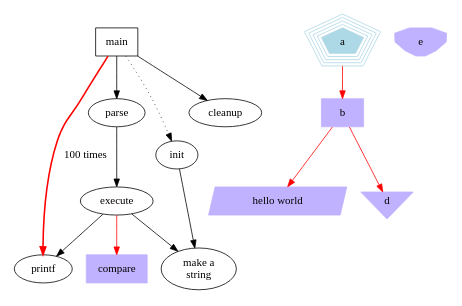
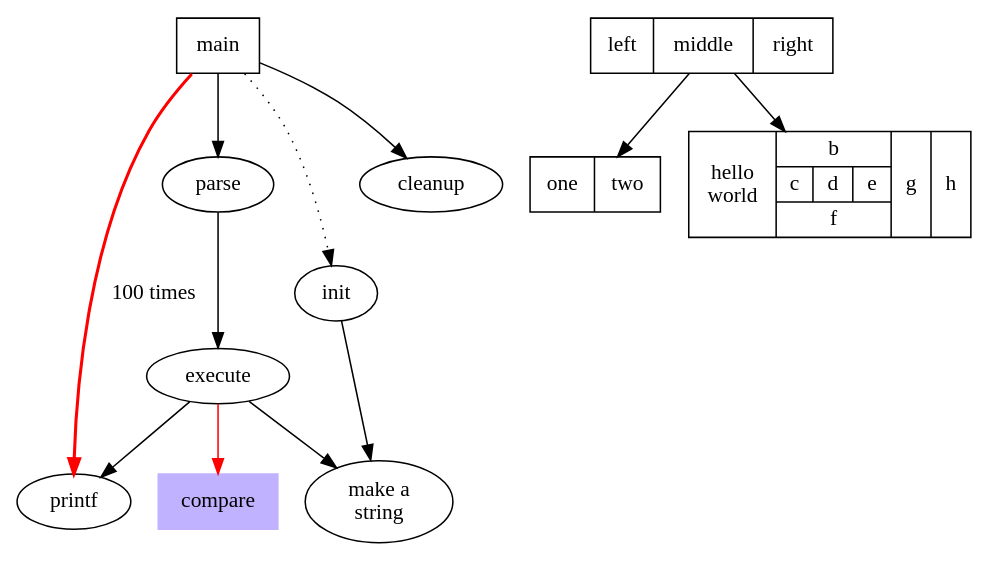
The diagram in exam.dot (greatgauss/graphviz_script), drawn with Graphviz before and after one commit.

Commit message:
Example of record

```diff
--- a/exam.dot
+++ b/exam.dot
@@ -1,23 +1,37 @@
 digraph G {
-    size="4,4";
+
+subgraph hello_world {
     main [shape=box]; /*注释*/
     main -> parse [weight=8];
     parse -> execute;
     main -> init [style=dotted];
     main -> cleanup;
     execute -> {make_string; printf}
     init -> make_string;
     edge [color=red];
     main -> printf [style=bold,label="100 times"];
     make_string [label="make a\nstring"];
     node [shape=box, style=filled, color=".7 .3 1.0"];
     execute -> compare;
+}
+
+subgraph structs {
+node[shape=record];
+    struct1[shape=record,label="<f0> left|<f1> middle|<f2> right"];
+    struct2[shape=record,label="<f0> one|<f1> two"];
+    struct3[shape=record,label="hello\nworld |{ b |{c|<here> d|e}| f}| g | h"];
+    struct1->struct2;
+    struct1->struct3;
+}
+
+/*
 subgraph G {
     a->b->c;
     b->d;
     a[shape=polygon,sides=5,peripheries=5,color=lightblue,style=filled];
     c[shape=polygon,sides=4,skew=.1,label="hello world"];
     d[shape=invtriangle];
     e[shape=polygon,sides=10,distortion=.7];
 }
+*/
 }
```
